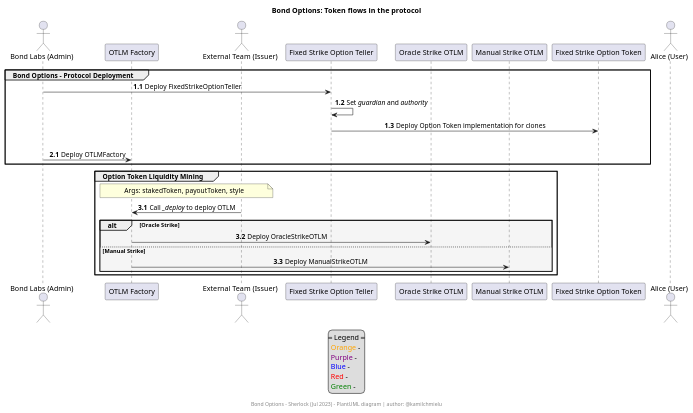
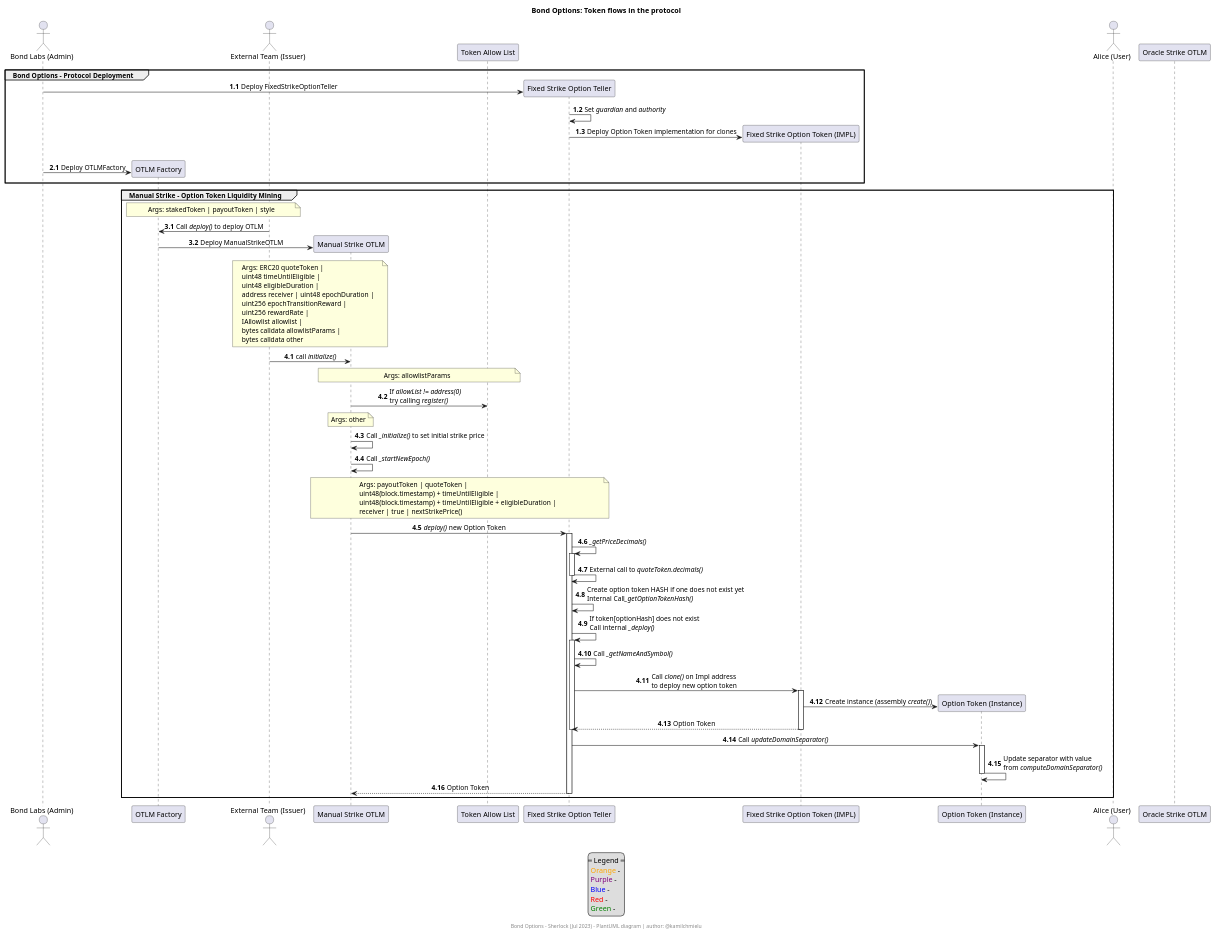
One commit to ChmielewskiKamil/diagrams changed the diagram in Sherlock/BondOptions/TokenFlow.puml. Above: the diagram before and after it, drawn with PlantUML.

Commit message:
👷 Add Option Token Deployment

```diff
--- a/Sherlock/BondOptions/TokenFlow.puml
+++ b/Sherlock/BondOptions/TokenFlow.puml
@@ -1,72 +1,122 @@
 @startuml
 title Bond Options: Token flows in the protocol
 
 /' //////////////////////////////////////////////////////////////////
 //                      System Participants                        //
 ////////////////////////////////////////////////////////////////// '/
 
 actor "Bond Labs (Admin)" as Admin
 participant "OTLM Factory" as OTLMFactory
 actor "External Team (Issuer)" as Issuer
+participant "Manual Strike OTLM" as ManualStrikeOTLM
+
+participant "Token Allow List" as TokenAllowList
+
 participant "Fixed Strike Option Teller" as FixedStrikeOptionTeller
-participant "Oracle Strike OTLM" as OracleStrikeOTLM
-participant "Manual Strike OTLM" as ManualStrikeOTLM
-participant "Fixed Strike Option Token" as FixedStrikeOptionToken
+participant "Fixed Strike Option Token (IMPL)" as FixedStrikeOptionToken
+
+participant "Option Token (Instance)" as OptionToken
 
 actor "Alice (User)" as User
+
+participant "Oracle Strike OTLM" as OracleStrikeOTLM
+
 
 /' //////////////////////////////////////////////////////////////////
 //                         Interactions                            //
 ////////////////////////////////////////////////////////////////// '/
 'Numbers are in the A.B.C format, by calling `inc A` you will increase the first number by 1'
 autonumber 1.1
 group Bond Options - Protocol Deployment
-    Admin -> FixedStrikeOptionTeller: Deploy FixedStrikeOptionTeller
+    Admin -> FixedStrikeOptionTeller ** : Deploy FixedStrikeOptionTeller
     FixedStrikeOptionTeller -> FixedStrikeOptionTeller: Set //guardian// and //authority//
-    FixedStrikeOptionTeller -> FixedStrikeOptionToken: Deploy Option Token implementation for clones
+    FixedStrikeOptionTeller -> FixedStrikeOptionToken ** : Deploy Option Token implementation for clones
     |||
     autonumber inc A
-    Admin -> OTLMFactory: Deploy OTLMFactory
+    Admin -> OTLMFactory ** : Deploy OTLMFactory
 end
 
 autonumber inc A
-group Option Token Liquidity Mining
-    note over Issuer, OTLMFactory: Args: stakedToken, payoutToken, style
-    Issuer -> OTLMFactory: Call //_deploy// to deploy OTLM
-    alt #whitesmoke Oracle Strike
-        OTLMFactory -> OracleStrikeOTLM: Deploy OracleStrikeOTLM
-    else Manual Strike
-        OTLMFactory -> ManualStrikeOTLM: Deploy ManualStrikeOTLM
-    end
+group Manual Strike - Option Token Liquidity Mining
+    note over Issuer, OTLMFactory: Args: stakedToken | payoutToken | style
+    Issuer -> OTLMFactory: Call //deploy()// to deploy OTLM
+    OTLMFactory -> ManualStrikeOTLM ** : Deploy ManualStrikeOTLM
+
+    autonumber inc A
+    note over Issuer, ManualStrikeOTLM 
+        Args: ERC20 quoteToken |
+        uint48 timeUntilEligible |
+        uint48 eligibleDuration |
+        address receiver | uint48 epochDuration |
+        uint256 epochTransitionReward |
+        uint256 rewardRate |
+        IAllowlist allowlist |
+        bytes calldata allowlistParams |
+        bytes calldata other
+    end note
+    Issuer -> ManualStrikeOTLM: call //initialize()//
+    
+    note over ManualStrikeOTLM, TokenAllowList: Args: allowlistParams
+    ManualStrikeOTLM -> TokenAllowList: If //allowList != address(0)//\ntry calling //register()//
+
+    note over ManualStrikeOTLM: Args: other
+    ManualStrikeOTLM -> ManualStrikeOTLM: Call //_initialize()// to set initial strike price
+
+    ManualStrikeOTLM -> ManualStrikeOTLM: Call //_startNewEpoch()//
+
+    note over ManualStrikeOTLM, FixedStrikeOptionTeller
+        Args: payoutToken | quoteToken |
+        uint48(block.timestamp) + timeUntilEligible |
+        uint48(block.timestamp) + timeUntilEligible + eligibleDuration |
+        receiver | true | nextStrikePrice()
+    end note
+
+    ManualStrikeOTLM -> FixedStrikeOptionTeller ++ : //deploy()// new Option Token
+    FixedStrikeOptionTeller -> FixedStrikeOptionTeller: //_getPriceDecimals()//
+    activate FixedStrikeOptionTeller
+    FixedStrikeOptionTeller -> FixedStrikeOptionTeller: External call to //quoteToken.decimals()//
+    deactivate FixedStrikeOptionTeller
+    FixedStrikeOptionTeller -> FixedStrikeOptionTeller: Create option token HASH if one does not exist yet\nInternal Call//_getOptionTokenHash()//
+    FixedStrikeOptionTeller -> FixedStrikeOptionTeller: If token[optionHash] does not exist\nCall internal //_deploy()//
+    activate FixedStrikeOptionTeller
+    FixedStrikeOptionTeller -> FixedStrikeOptionTeller: Call //_getNameAndSymbol()//
+    FixedStrikeOptionTeller -> FixedStrikeOptionToken ++ : Call //clone()// on Impl address\nto deploy new option token
+    FixedStrikeOptionToken -> OptionToken **: Create instance (assembly //create()//)
+    return Option Token
+    deactivate FixedStrikeOptionTeller
+
+    FixedStrikeOptionTeller -> OptionToken ++ : Call //updateDomainSeparator()//
+    OptionToken -> OptionToken -- : Update separator with value\nfrom //computeDomainSeparator()//
+    return Option Token
 end
 
 /' //////////////////////////////////////////////////////////////////
 //                            Legend                               //
 ////////////////////////////////////////////////////////////////// '/
 
 legend
     == Legend ==
     <font color=orange>Orange</font> - 
     <font color=purple>Purple</font> - 
     <font color=blue>Blue</font> - 
     <font color=red>Red</font> - 
     <font color=green>Green</font> - 
 endlegend
 
 /' //////////////////////////////////////////////////////////////////
 //                            Styling                              //
 ////////////////////////////////////////////////////////////////// '/
 
 skinparam sequenceMessageAlign center
 skinparam note {
     BorderColor black
     BackgroundColor white
     FontColor black
 }
 skinparam participant {
     FontSize 25
     BackgroundColor lightgray
 }
 
 footer Bond Options - Sherlock (Jul 2023) - PlantUML diagram | author: @kamilchmielu
 @enduml
```
